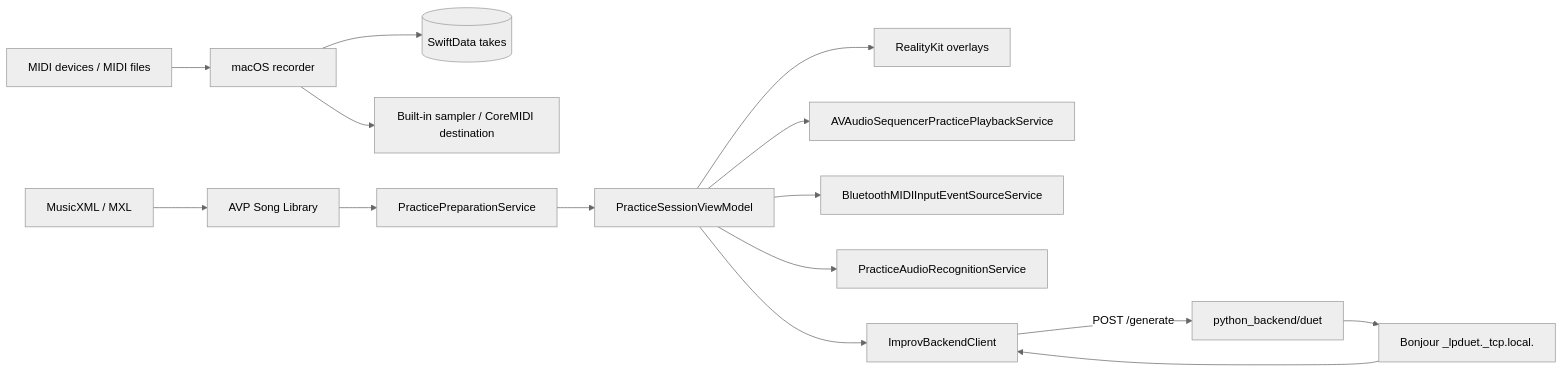
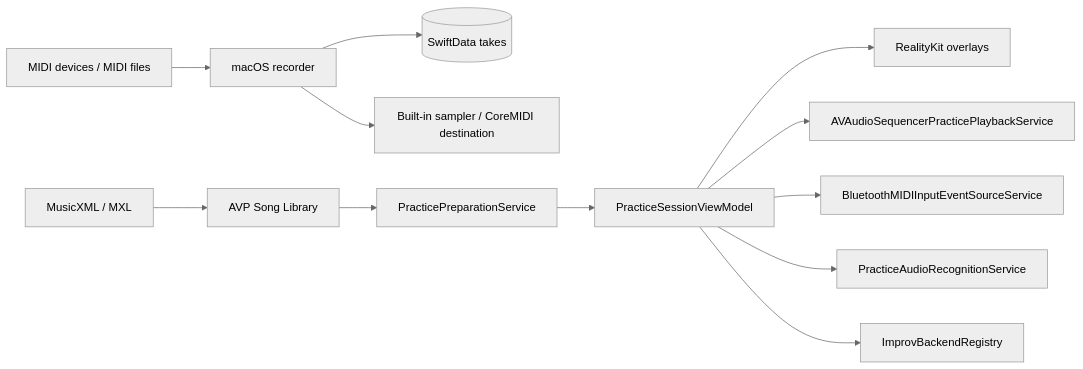
One commit to chiimagnus/Amoroso changed the first of 3 diagrams in docs/architecture.md. Above: the diagram before and after it, drawn with Mermaid (neutral theme). The commit also changed other lines of this file and 34 other files, not shown here.

Commit message:
chore: 移除 Python Duet 后端并更新文档

````diff
--- a/docs/architecture.md
+++ b/docs/architecture.md
@@ -5,20 +5,17 @@
 ```mermaid
 flowchart LR
   MIDI[MIDI devices / MIDI files] --> MAC[macOS recorder]
   MAC --> STORE[(SwiftData takes)]
   MAC --> OUT[Built-in sampler / CoreMIDI destination]
 
   XML[MusicXML / MXL] --> LIB[AVP Song Library]
   LIB --> PREP[PracticePreparationService]
   PREP --> SESSION[PracticeSessionViewModel]
 
   SESSION --> AR[RealityKit overlays]
   SESSION --> AUDIO[AVAudioSequencerPracticePlaybackService]
   SESSION --> BLE[BluetoothMIDIInputEventSourceService]
   SESSION --> MIC[PracticeAudioRecognitionService]
 
-  SESSION --> IM[ImprovBackendClient]
-  PY2[python_backend/duet] --> BJ2[Bonjour _lpduet._tcp.local.]
-  BJ2 --> IM
-  IM -->|POST /generate| PY2
+  SESSION --> IM[ImprovBackendRegistry]
 ```
````
